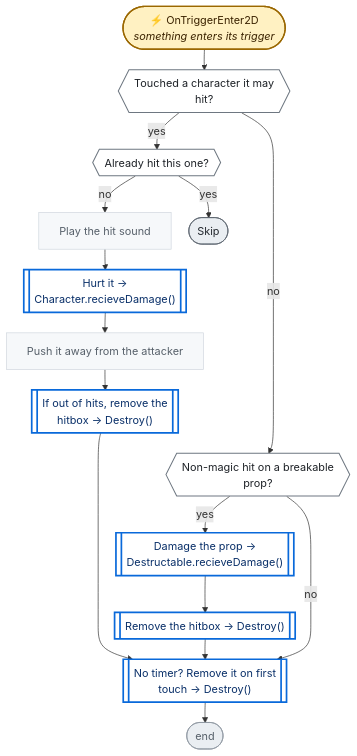
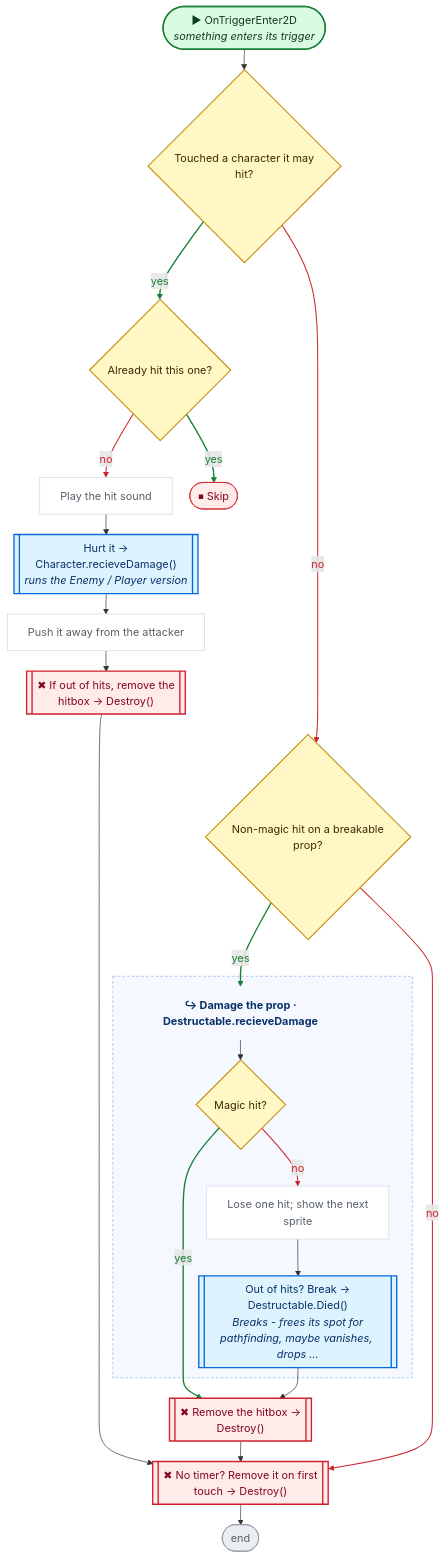
Before and after one commit to nataiai/Lord-of-the-Dungeon: the fourth of 4 diagrams in CodeGraph~/graph/HitBox.cs.md, drawn with Mermaid. The commit also changed other lines of this file and 44 other files, not shown here.

````diff
--- a/CodeGraph~/graph/HitBox.cs.md
+++ b/CodeGraph~/graph/HitBox.cs.md
@@ -158,54 +168,82 @@
 ```mermaid
 ---
 config:
   flowchart:
     wrappingWidth: 260
     nodeSpacing: 26
     rankSpacing: 30
 ---
 flowchart TD
-  nS(["⚡ OnTriggerEnter2D<br><i>something enters its trigger</i>"])
-  n0d68c1{{"Touched a character it may<br>hit?"}}
-  ne2ac55{{"Already hit this one?"}}
+  nS(["▶ OnTriggerEnter2D<br><i>something enters its trigger</i>"])
+  n0d68c1{"Touched a character it may<br>hit?"}
+  ne2ac55{"Already hit this one?"}
   n87f62c["Play the hit sound"]
-  nb94866[["Hurt it →<br>Character.recieveDamage()"]]
+  nb94866[["Hurt it →<br>Character.recieveDamage()<br><i>runs the Enemy / Player version</i>"]]
   na8b982["Push it away from the attacker"]
-  n4b577e[["If out of hits, remove the<br>hitbox → Destroy()"]]
-  n7d1471{{"Non-magic hit on a breakable<br>prop?"}}
-  nefeac6[["Damage the prop →<br>Destructable.recieveDamage()"]]
-  nbee12d[["Remove the hitbox → Destroy()"]]
-  nc17712[["No timer? Remove it on first<br>touch → Destroy()"]]
+  n4b577e[["✖ If out of hits, remove the<br>hitbox → Destroy()"]]
+  n7d1471{"Non-magic hit on a breakable<br>prop?"}
+  nefeac6_h["↪ Damage the prop ·<br>Destructable.recieveDamage"]
+  nefeac6_n129e7b{"Magic hit?"}
+  nefeac6_n9ada94["Lose one hit; show the next<br>sprite"]
+  nefeac6_n300dd8[["Out of hits? Break →<br>Destructable.Died()<br><i>Breaks - frees its spot for</i><br><i>pathfinding, maybe vanishes, drops …</i>"]]
+  nbee12d[["✖ Remove the hitbox →<br>Destroy()"]]
+  nc17712[["✖ No timer? Remove it on first<br>touch → Destroy()"]]
   nE(["end"])
-  nb2e4fc(["Skip"])
+  nb2e4fc(["⏹ Skip"])
+  subgraph nefeac6_g[" "]
+    nefeac6_h
+    nefeac6_n129e7b
+    nefeac6_n9ada94
+    nefeac6_n300dd8
+  end
+  style nefeac6_g fill:#f5f9ff,stroke:#8cb4e8,stroke-dasharray:4 3,color:#0a3069
   nS --> n0d68c1
   n0d68c1 -->|yes| ne2ac55
   ne2ac55 -->|no| n87f62c
   ne2ac55 -->|yes| nb2e4fc
   n87f62c --> nb94866
   nb94866 --> na8b982
   na8b982 --> n4b577e
   n4b577e ~~~ n7d1471
   n0d68c1 -->|no| n7d1471
-  n7d1471 -->|yes| nefeac6
-  nefeac6 --> nbee12d
+  n7d1471 -->|yes| nefeac6_h
   n4b577e --> nc17712
   nbee12d --> nc17712
   n7d1471 -->|no| nc17712
   nc17712 --> nE
-  classDef unity fill:#fff1c2,stroke:#9a6700,stroke-width:2px,color:#3b2300
-  classDef start fill:#ddf4ff,stroke:#0969da,stroke-width:2px,color:#0a3069
-  classDef calc fill:#f6f8fa,stroke:#d0d7de,color:#57606a
-  classDef calls fill:#ffffff,stroke:#0969da,stroke-width:2.5px,color:#0a3069
-  classDef cond fill:#ffffff,stroke:#6e7781,stroke-width:1.5px,color:#1f2328
-  classDef loop fill:#fbefff,stroke:#8250df,color:#3e1f79
-  classDef exit fill:#eaeef2,stroke:#57606a,color:#24292f
-  classDef wait fill:#fff8f0,stroke:#bc4c00,color:#4d1d00
+  nefeac6_h --> nefeac6_n129e7b
+  nefeac6_n129e7b -->|no| nefeac6_n9ada94
+  nefeac6_n129e7b -->|yes| nbee12d
+  nefeac6_n9ada94 --> nefeac6_n300dd8
+  nefeac6_n300dd8 --> nbee12d
+  linkStyle 1 stroke:#1a7f37,stroke-width:2px,color:#1a7f37
+  linkStyle 2 stroke:#cf222e,stroke-width:1.5px,color:#cf222e
+  linkStyle 3 stroke:#1a7f37,stroke-width:2px,color:#1a7f37
+  linkStyle 8 stroke:#cf222e,stroke-width:1.5px,color:#cf222e
+  linkStyle 9 stroke:#1a7f37,stroke-width:2px,color:#1a7f37
+  linkStyle 12 stroke:#cf222e,stroke-width:1.5px,color:#cf222e
+  linkStyle 15 stroke:#cf222e,stroke-width:1.5px,color:#cf222e
+  linkStyle 16 stroke:#1a7f37,stroke-width:2px,color:#1a7f37
+  classDef unity fill:#dafbe1,stroke:#1a7f37,stroke-width:2px,color:#0f3d1d
+  classDef start fill:#dafbe1,stroke:#1a7f37,stroke-width:2px,color:#0f3d1d
+  classDef calc fill:#ffffff,stroke:#d0d7de,color:#57606a
+  classDef calls fill:#ddf4ff,stroke:#0969da,stroke-width:2px,color:#0a3069
+  classDef ext fill:#ddf4ff,stroke:#0969da,stroke-width:2px,stroke-dasharray:5 3,color:#0a3069
+  classDef cond fill:#fff8c5,stroke:#bf8700,stroke-width:1.5px,color:#3d2a00
+  classDef loop fill:#f6f8fa,stroke:#57606a,color:#1f2328
+  classDef exit fill:#ffebe9,stroke:#cf222e,color:#82071e
+  classDef kill fill:#ffebe9,stroke:#cf222e,stroke-width:2px,color:#82071e
+  classDef spawn fill:#dafbe1,stroke:#1a7f37,stroke-width:2px,color:#0f3d1d
+  classDef wait fill:#fff1e5,stroke:#bc4c00,color:#4d1d00
   classDef fin fill:#eaeef2,stroke:#8c959f,color:#57606a
   classDef join fill:#d0d7de,stroke:#8c959f,color:#57606a
-  class n87f62c,na8b982 calc
-  class nb94866,n4b577e,nefeac6,nbee12d,nc17712 calls
-  class n0d68c1,ne2ac55,n7d1471 cond
+  classDef ghdr fill:#f5f9ff,stroke:#f5f9ff,color:#0a3069,font-weight:bold
+  class n87f62c,na8b982,nefeac6_n9ada94 calc
+  class nb94866,nefeac6_n300dd8 calls
+  class n0d68c1,ne2ac55,n7d1471,nefeac6_n129e7b cond
   class nb2e4fc exit
   class nE fin
+  class nefeac6_h ghdr
+  class n4b577e,nbee12d,nc17712 kill
   class nS unity
 ```
````
